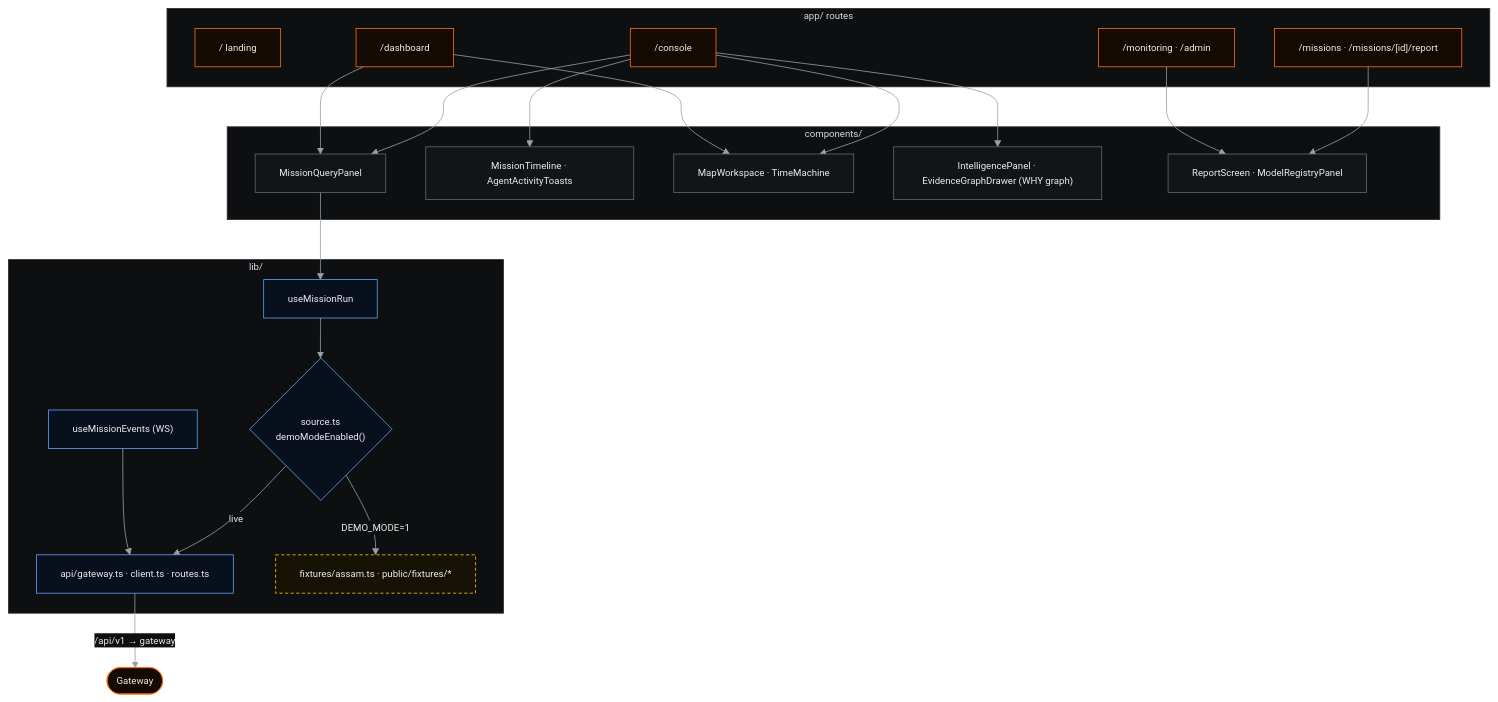
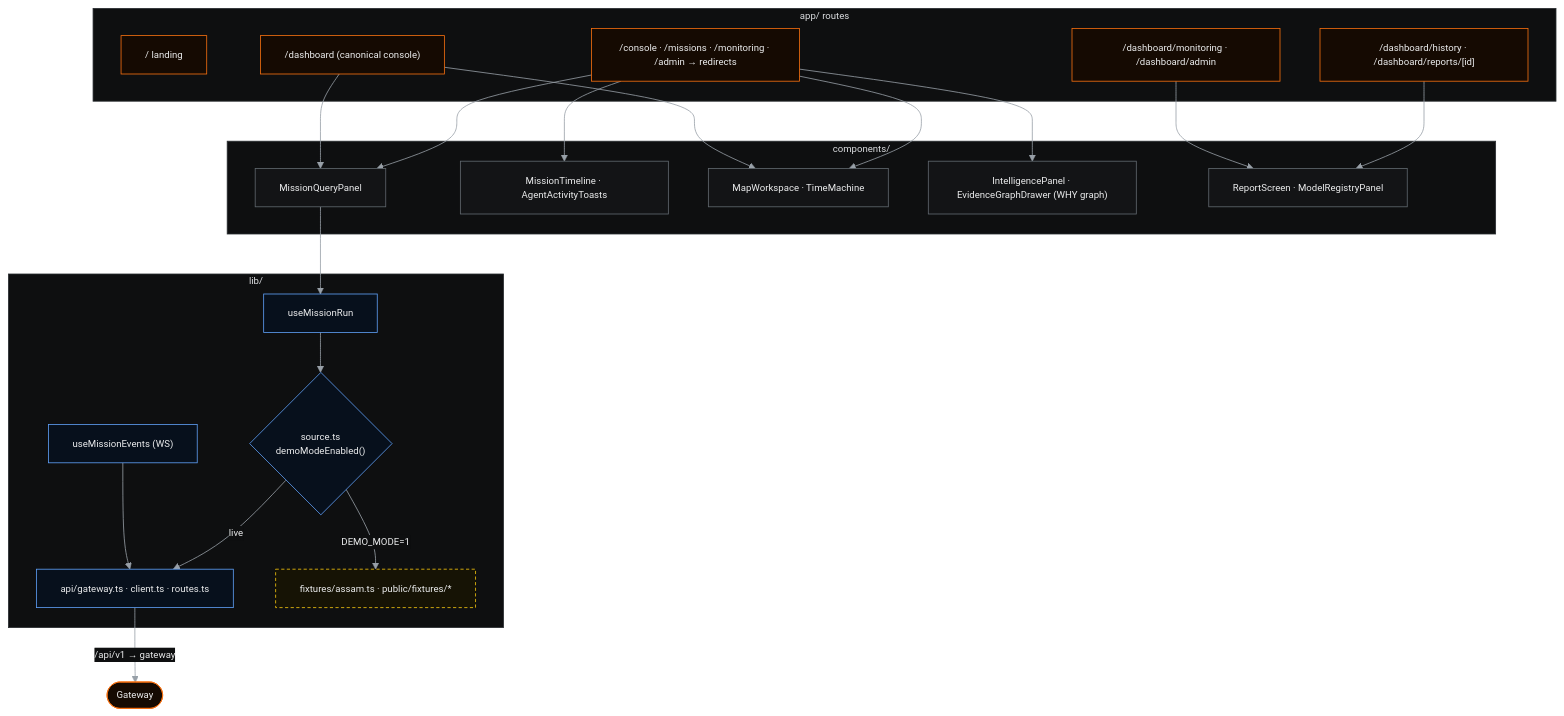
The seventh of 7 diagrams in README.md (KD4R/SatQuery), drawn with Mermaid before and after one commit. The commit also changed other lines of this file and 2 other files, not shown here.

Commit message:
docs: point the docs at /dashboard as the canonical console

````diff
--- a/README.md
+++ b/README.md
@@ -362,43 +362,43 @@
 ```mermaid
 %%{init: {"theme":"base","themeVariables":{"primaryColor":"#131416","primaryTextColor":"#ecedee","primaryBorderColor":"#626970","lineColor":"#98a0a8","clusterBkg":"#0e0f10","clusterBorder":"#2a2d31","edgeLabelBackground":"#0e0f10","fontFamily":"ui-monospace, SFMono-Regular, Menlo, monospace","fontSize":"12px"}}}%%
 flowchart TB
   classDef route fill:#150a02,stroke:#f87010,color:#ecedee
   classDef comp fill:#131416,stroke:#626970,color:#ecedee
   classDef data fill:#07101c,stroke:#60a0f8,color:#ecedee
   classDef fix fill:#161305,stroke:#f8c810,color:#ecedee,stroke-dasharray:4 3
 
   subgraph R["app/ routes"]
     L["/ landing"]:::route
-    C["/console"]:::route
-    D["/dashboard"]:::route
-    M["/missions · /missions/[id]/report"]:::route
-    MO["/monitoring · /admin"]:::route
+    C["/console · /missions · /monitoring · /admin → redirects"]:::route
+    D["/dashboard (canonical console)"]:::route
+    M["/dashboard/history · /dashboard/reports/[id]"]:::route
+    MO["/dashboard/monitoring · /dashboard/admin"]:::route
   end
 
   subgraph UI["components/"]
     Q["MissionQueryPanel"]:::comp
     T["MissionTimeline · AgentActivityToasts"]:::comp
     MAP["MapWorkspace · TimeMachine"]:::comp
     EV["IntelligencePanel · EvidenceGraphDrawer (WHY graph)"]:::comp
     RP["ReportScreen · ModelRegistryPanel"]:::comp
   end
 
   subgraph LIB["lib/"]
     RUN["useMissionRun"]:::data
     WS["useMissionEvents (WS)"]:::data
     API["api/gateway.ts · client.ts · routes.ts"]:::data
     SRC{"source.ts<br/>demoModeEnabled()"}:::data
     FX["fixtures/assam.ts · public/fixtures/*"]:::fix
   end
 
   C --> Q & T & MAP & EV
   D --> Q & MAP
   M --> RP
   MO --> RP
   Q --> RUN
   RUN --> SRC
   SRC -->|"DEMO_MODE=1"| FX
   SRC -->|live| API
   WS --> API
   API -->|"/api/v1 → gateway"| GWX(["Gateway"]):::route
 ```
````
